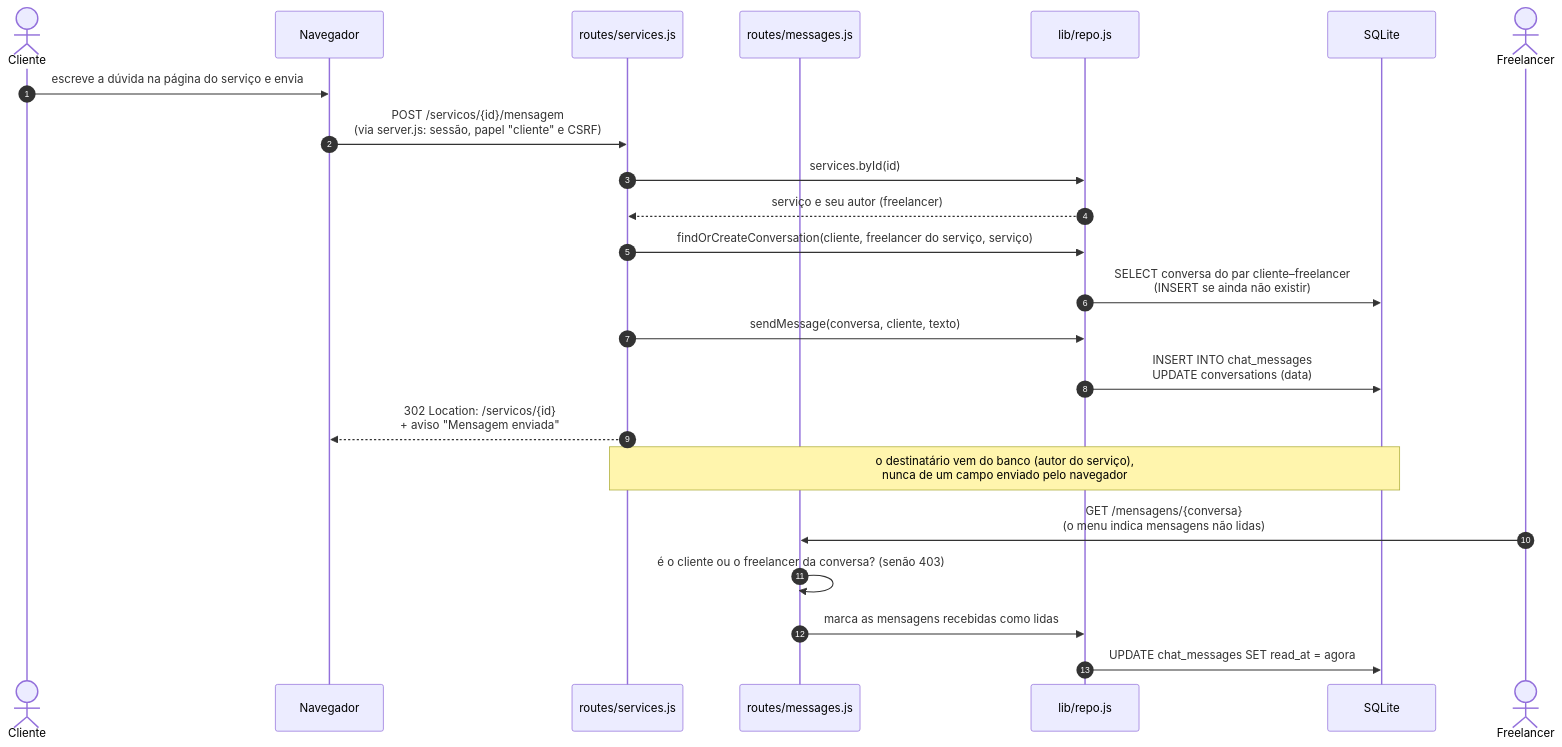
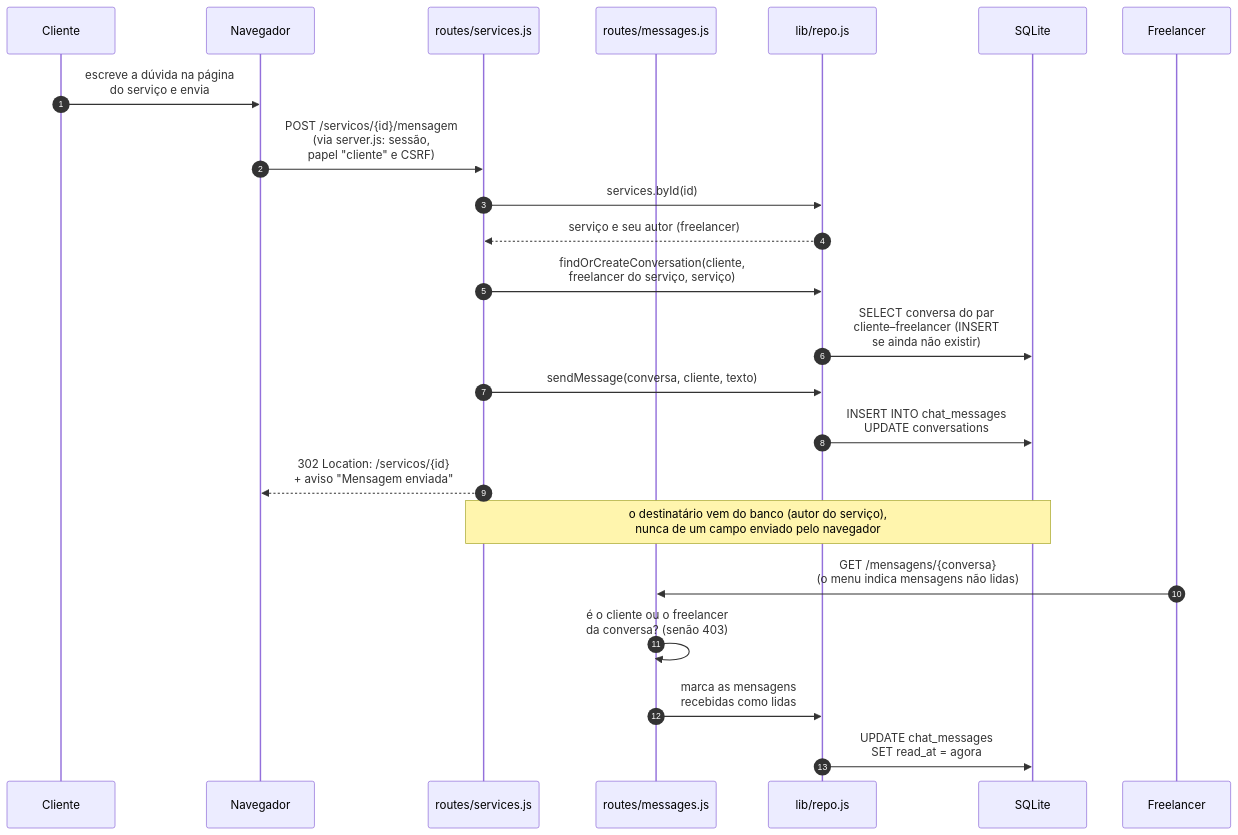
One commit to bygabrielly/nexo-repo changed the diagram in diagramas/src/seq-mensagem.mmd. Above: the diagram before and after it, drawn with Mermaid. The commit also changed 34 other files, not shown here.

Commit message:
Diagramas refeitos e fontes locais

```diff
--- a/diagramas/src/seq-mensagem.mmd
+++ b/diagramas/src/seq-mensagem.mmd
@@ -1,23 +1,23 @@
 sequenceDiagram
   autonumber
-  actor C as Cliente
+  participant C as Cliente
   participant N as Navegador
   participant R as routes/services.js
   participant M as routes/messages.js
   participant D as lib/repo.js
   participant B as SQLite
-  actor F as Freelancer
-  C->>N: escreve a dúvida na página do serviço e envia
-  N->>R: POST /servicos/{id}/mensagem<br/>(via server.js: sessão, papel "cliente" e CSRF)
+  participant F as Freelancer
+  C->>N: escreve a dúvida na página<br/>do serviço e envia
+  N->>R: POST /servicos/{id}/mensagem<br/>(via server.js: sessão,<br/>papel "cliente" e CSRF)
   R->>D: services.byId(id)
   D-->>R: serviço e seu autor (freelancer)
-  R->>D: findOrCreateConversation(cliente, freelancer do serviço, serviço)
-  D->>B: SELECT conversa do par cliente–freelancer<br/>(INSERT se ainda não existir)
+  R->>D: findOrCreateConversation(cliente,<br/>freelancer do serviço, serviço)
+  D->>B: SELECT conversa do par<br/>cliente–freelancer (INSERT<br/>se ainda não existir)
   R->>D: sendMessage(conversa, cliente, texto)
-  D->>B: INSERT INTO chat_messages<br/>UPDATE conversations (data)
+  D->>B: INSERT INTO chat_messages<br/>UPDATE conversations
   R-->>N: 302 Location: /servicos/{id}<br/>+ aviso "Mensagem enviada"
   Note over R,B: o destinatário vem do banco (autor do serviço),<br/>nunca de um campo enviado pelo navegador
   F->>M: GET /mensagens/{conversa}<br/>(o menu indica mensagens não lidas)
-  M->>M: é o cliente ou o freelancer da conversa? (senão 403)
-  M->>D: marca as mensagens recebidas como lidas
-  D->>B: UPDATE chat_messages SET read_at = agora
+  M->>M: é o cliente ou o freelancer<br/>da conversa? (senão 403)
+  M->>D: marca as mensagens<br/>recebidas como lidas
+  D->>B: UPDATE chat_messages<br/>SET read_at = agora
```
